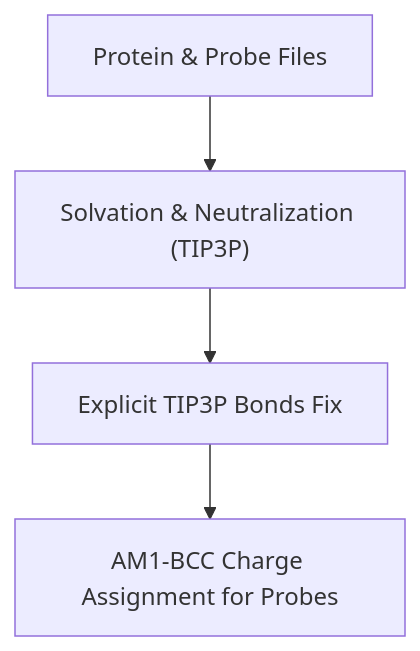
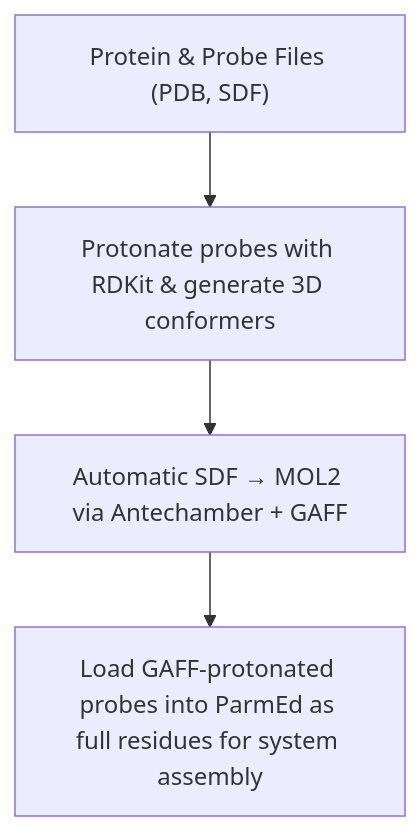
Before and after one commit to marcuswangweihow/FBDD: the first of 4 diagrams in Frag_to_lead/Frag_to_lead_4MZI/README.md, drawn with Mermaid. The commit also changed other lines of this file, not shown here.

````diff
--- a/Frag_to_lead/Frag_to_lead_4MZI/README.md
+++ b/Frag_to_lead/Frag_to_lead_4MZI/README.md
@@ -244,6 +244,6 @@
 ```mermaid
 flowchart TD
-    A["Protein & Probe Files"] --> B["Solvation & Neutralization (TIP3P)"]
-    B --> C["Explicit TIP3P Bonds Fix"]
-    C --> D["AM1-BCC Charge Assignment for Probes"]
+    A["Protein & Probe Files (PDB, SDF)"] --> B["Protonate probes with RDKit & generate 3D conformers"]
+    B --> C["Automatic SDF → MOL2 via Antechamber + GAFF"]
+    C --> D["Load GAFF-protonated probes into ParmEd as full residues for system assembly"]
 ```
````
